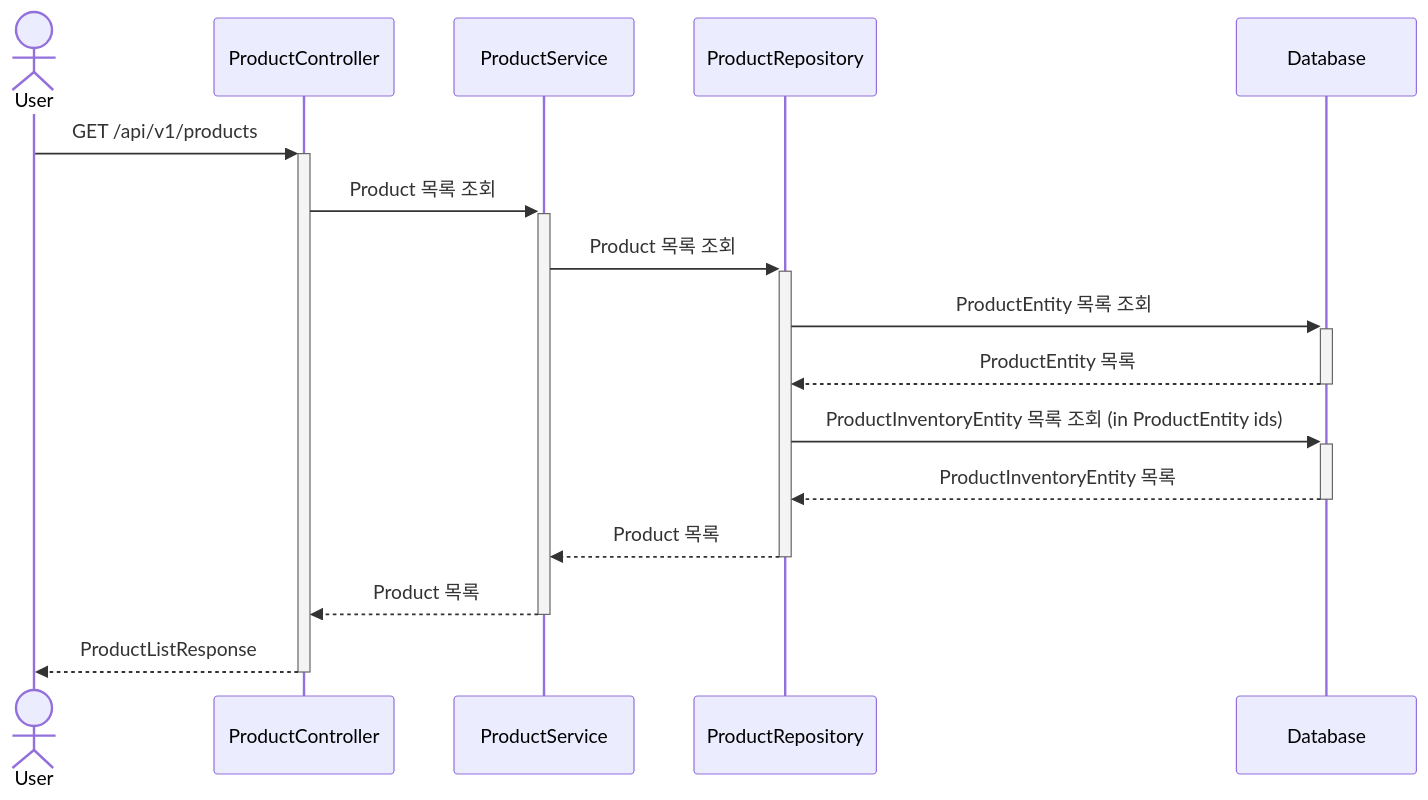
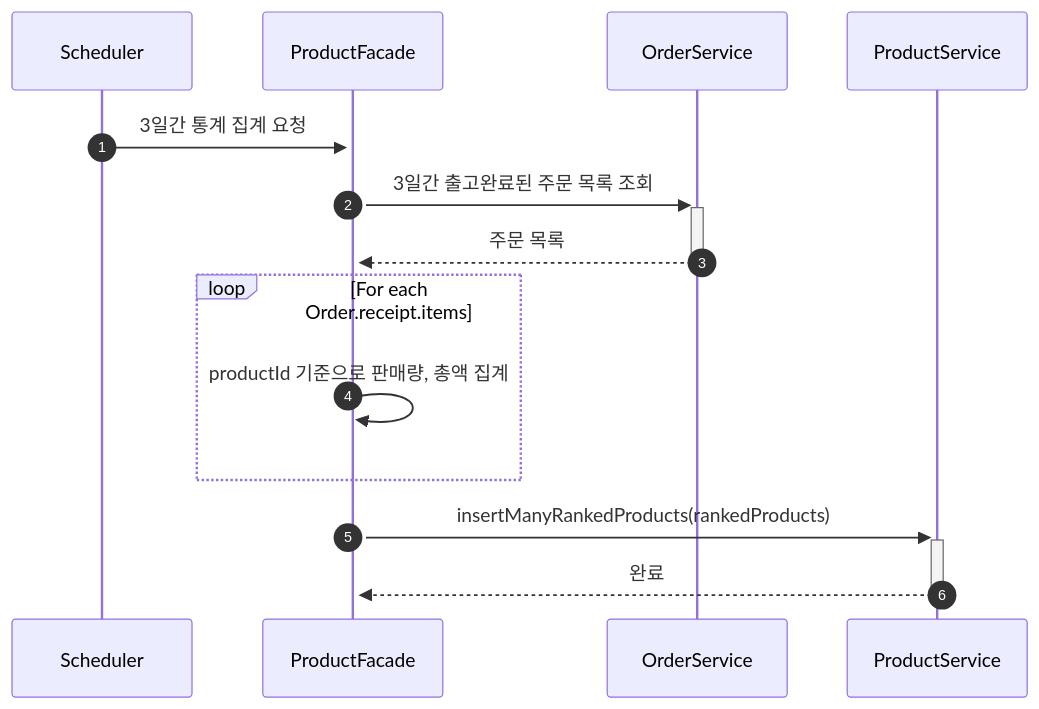
Before and after one commit to jsween5723/commerce: the third of 3 diagrams in docs/sequence/product/readme.md, drawn with Mermaid. The commit also changed other lines of this file and 3 other files, not shown here.

Commit message:
docs(sequence): 변경사항 반영

````diff
--- a/docs/sequence/product/readme.md
+++ b/docs/sequence/product/readme.md
@@ -18,18 +36,16 @@
 ```mermaid
 sequenceDiagram
-    actor User
-    participant ProductController
+    autonumber
+    participant Scheduler
+    participant ProductFacade
+    participant OrderService
     participant ProductService
-    participant ProductRepository
-    participant Database
-    User ->>+ ProductController: GET /api/v1/products
-    ProductController ->>+ ProductService: Product 목록 조회
-    ProductService ->>+ ProductRepository: Product 목록 조회
-    ProductRepository ->>+ Database: ProductEntity 목록 조회
-    Database -->>- ProductRepository: ProductEntity 목록
-    ProductRepository ->>+ Database: ProductInventoryEntity 목록 조회 (in ProductEntity ids)
-    Database -->>- ProductRepository: ProductInventoryEntity 목록
-    ProductRepository -->>- ProductService: Product 목록
-    ProductService -->>- ProductController: Product 목록
-    ProductController -->>- User: ProductListResponse
+    Scheduler ->>+ ProductFacade: 3일간 통계 집계 요청
+    ProductFacade ->>+ OrderService: 3일간 출고완료된 주문 목록 조회
+    OrderService -->>- ProductFacade: 주문 목록
+    loop For each Order.receipt.items
+        ProductFacade ->> ProductFacade: productId 기준으로 판매량, 총액 집계
+    end
+    ProductFacade ->>+ ProductService: insertManyRankedProducts(rankedProducts)
+    ProductService -->>- ProductFacade: 완료
 ```
````
